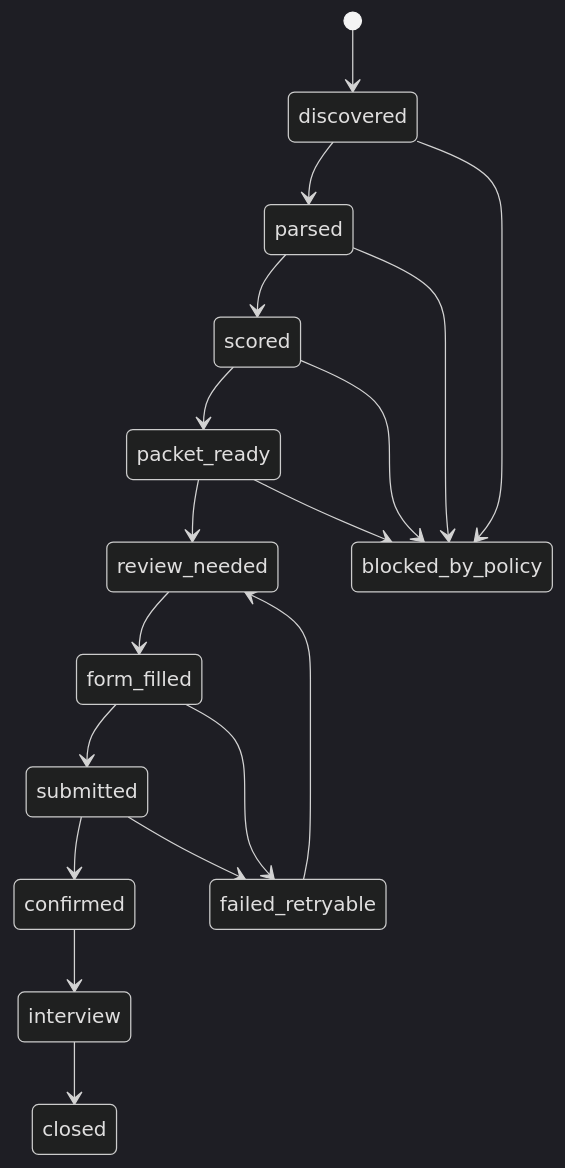
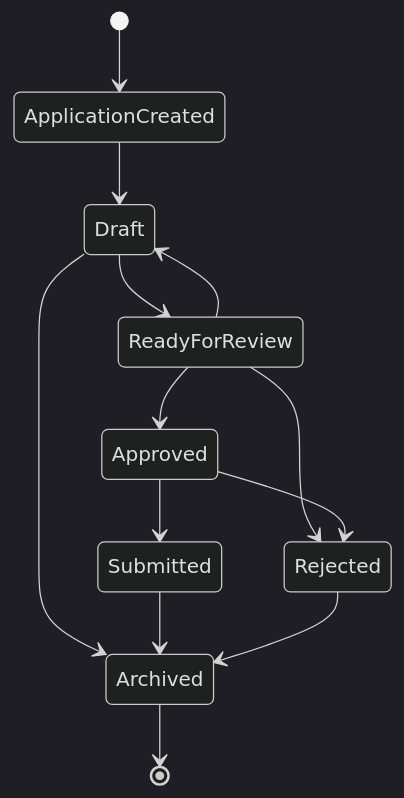
The diagram in docs/diagrams/state-machine.md (NicolayBang/ApplyGo), drawn with Mermaid (dark theme) before and after one commit. The commit also changed other lines of this file and 1 other file, not shown here.

Commit message:
docs: align diagrams with state machine foundation

````diff
--- a/docs/diagrams/state-machine.md
+++ b/docs/diagrams/state-machine.md
@@ -3,23 +3,20 @@
 ```mermaid
 stateDiagram-v2
-    [*] --> discovered
-    discovered --> parsed
-    parsed --> scored
-    scored --> packet_ready
-    packet_ready --> review_needed
+    [*] --> ApplicationCreated
+    ApplicationCreated --> Draft
 
-    review_needed --> form_filled
-    form_filled --> submitted
-    submitted --> confirmed
-    confirmed --> interview
-    interview --> closed
+    Draft --> ReadyForReview
+    Draft --> Archived
 
-    discovered --> blocked_by_policy
-    parsed --> blocked_by_policy
-    scored --> blocked_by_policy
-    packet_ready --> blocked_by_policy
-    form_filled --> failed_retryable
-    submitted --> failed_retryable
+    ReadyForReview --> Approved
+    ReadyForReview --> Rejected
+    ReadyForReview --> Draft
 
-    failed_retryable --> review_needed
+    Approved --> Submitted
+    Approved --> Rejected
+
+    Submitted --> Archived
+    Rejected --> Archived
+
+    Archived --> [*]
 ```
````
